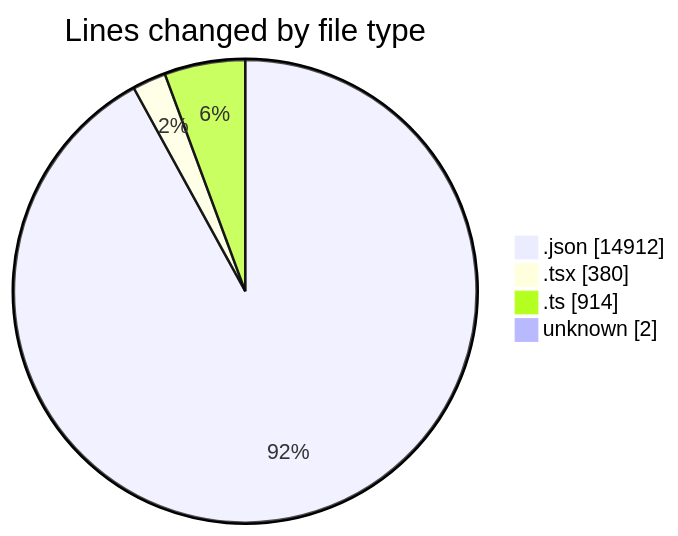
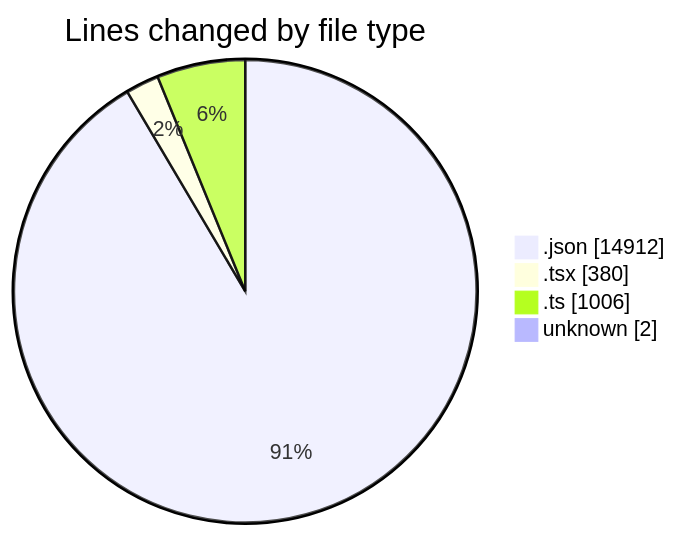
The first of 2 diagrams in 2025-11-19/eventscop-frontend-guide__workspace_/README.md (julien-gomy/code-tracking), drawn with Mermaid before and after one commit. The commit also changed other lines of this file and 1 other file, not shown here.

````diff
--- a/2025-11-19/eventscop-frontend-guide__workspace_/README.md
+++ b/2025-11-19/eventscop-frontend-guide__workspace_/README.md
@@ -49,8 +50,8 @@
 ```mermaid
 pie showData
 title Lines changed by file type
 ".json" : 14912
 ".tsx" : 380
-".ts" : 914
+".ts" : 1006
 "unknown" : 2
 ```
````
